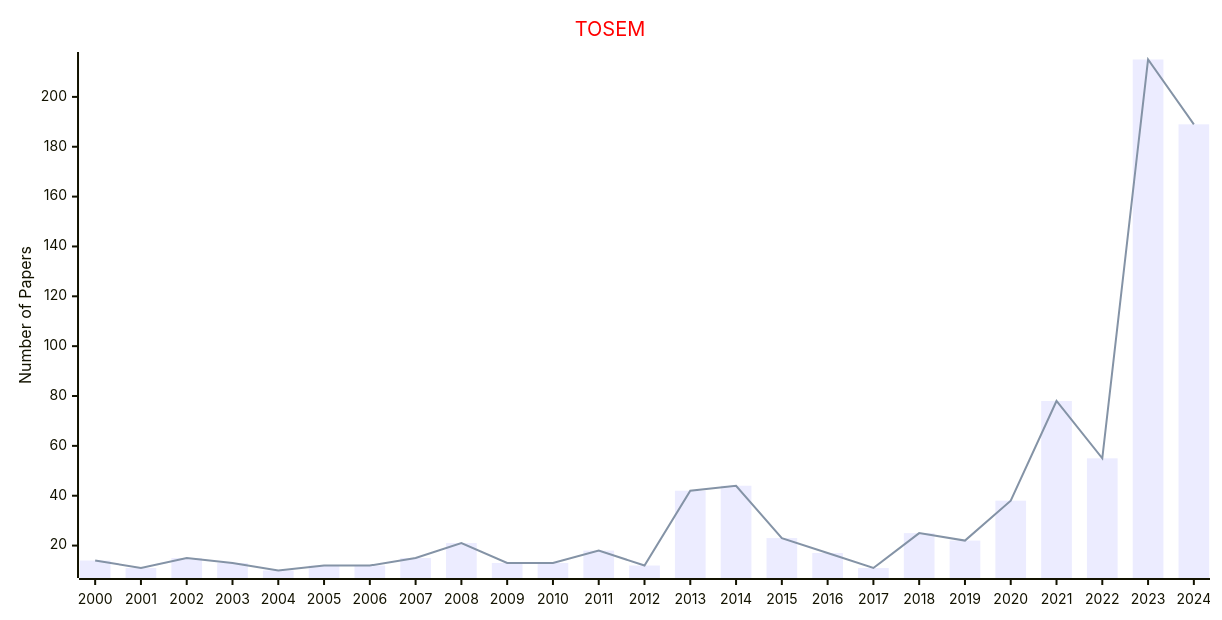
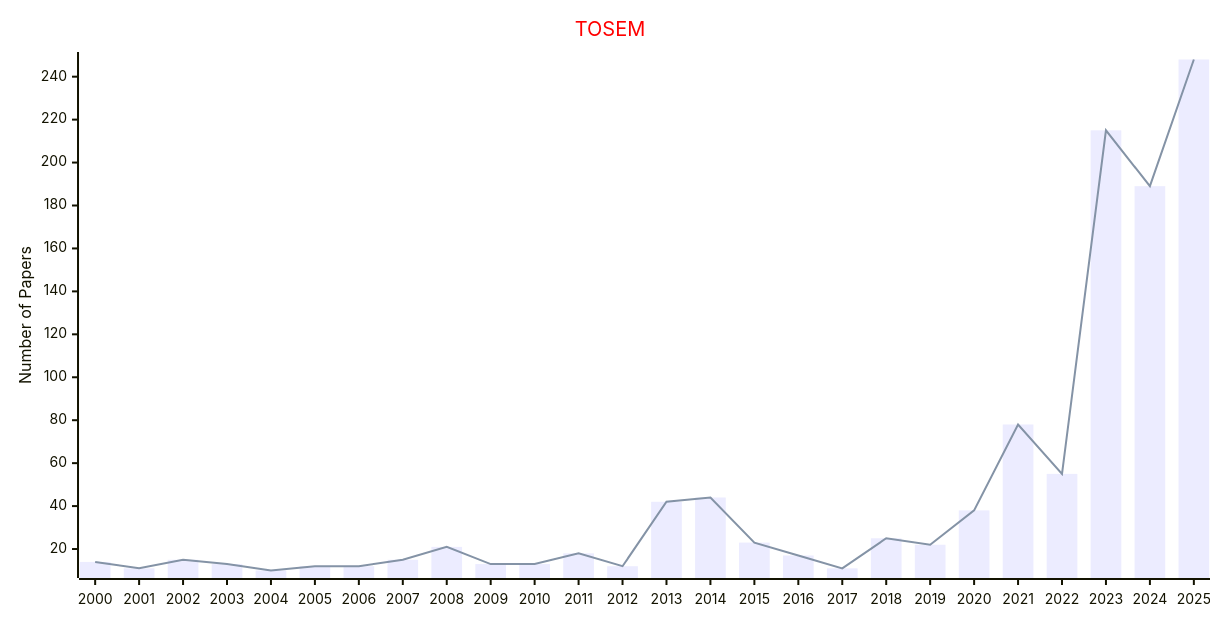
The first of 2 diagrams in docs/data/Journals/Statistics_Journals/Software_Engineering.md (Easy-PhD/AILinks), drawn with Mermaid before and after one commit. The commit also changed other lines of this file and 93 other files, not shown here.

````diff
--- a/docs/data/Journals/Statistics_Journals/Software_Engineering.md
+++ b/docs/data/Journals/Statistics_Journals/Software_Engineering.md
@@ -9,17 +9,17 @@
 ```mermaid
 ---
 config:
     xyChart:
         width: 1200
         height: 600
     themeVariables:
         xyChart:
             titleColor: "#ff0000"
 ---
 xychart-beta
     title "TOSEM"
-    x-axis [2000, 2001, 2002, 2003, 2004, 2005, 2006, 2007, 2008, 2009, 2010, 2011, 2012, 2013, 2014, 2015, 2016, 2017, 2018, 2019, 2020, 2021, 2022, 2023, 2024]
+    x-axis [2000, 2001, 2002, 2003, 2004, 2005, 2006, 2007, 2008, 2009, 2010, 2011, 2012, 2013, 2014, 2015, 2016, 2017, 2018, 2019, 2020, 2021, 2022, 2023, 2024, 2025]
     y-axis "Number of Papers"
-    bar [14, 11, 15, 13, 10, 12, 12, 15, 21, 13, 13, 18, 12, 42, 44, 23, 17, 11, 25, 22, 38, 78, 55, 215, 189]
-    line [14, 11, 15, 13, 10, 12, 12, 15, 21, 13, 13, 18, 12, 42, 44, 23, 17, 11, 25, 22, 38, 78, 55, 215, 189]
+    bar [14, 11, 15, 13, 10, 12, 12, 15, 21, 13, 13, 18, 12, 42, 44, 23, 17, 11, 25, 22, 38, 78, 55, 215, 189, 248]
+    line [14, 11, 15, 13, 10, 12, 12, 15, 21, 13, 13, 18, 12, 42, 44, 23, 17, 11, 25, 22, 38, 78, 55, 215, 189, 248]
 ```
````
